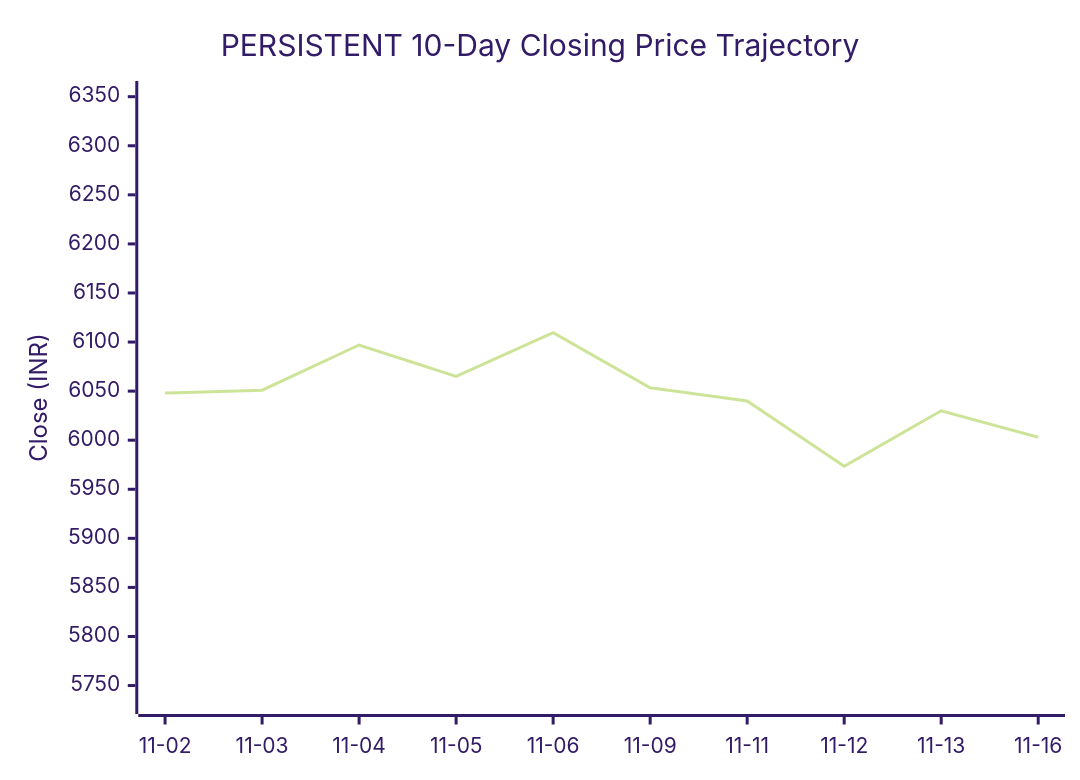
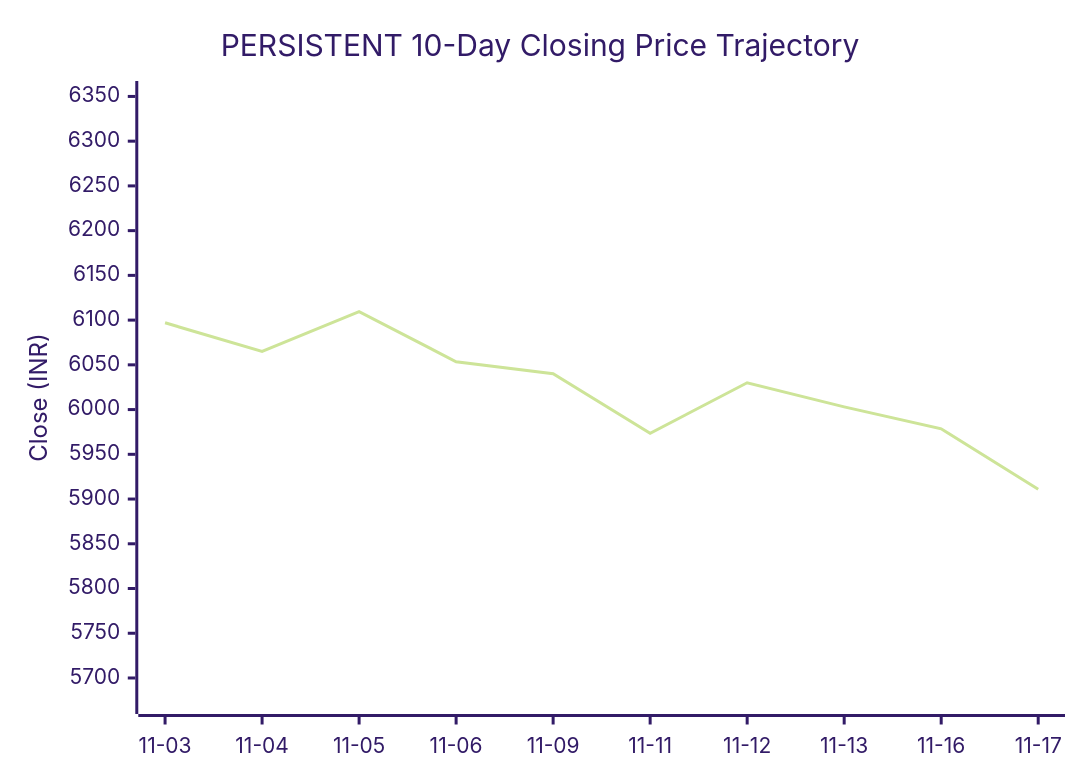
The second of 3 diagrams in market-intelligence/stocks/PERSISTENT/README.md (purnareddy9/dev), drawn with Mermaid (forest theme) before and after one commit. The commit also changed other lines of this file and 4 other files, not shown here.

````diff
--- a/market-intelligence/stocks/PERSISTENT/README.md
+++ b/market-intelligence/stocks/PERSISTENT/README.md
@@ -95,7 +95,7 @@
 ```mermaid
 xychart-beta
     title "PERSISTENT 10-Day Closing Price Trajectory"
-    x-axis ["11-02", "11-03", "11-04", "11-05", "11-06", "11-09", "11-11", "11-12", "11-13", "11-16"]
-    y-axis "Close (INR)" 5734 --> 6353
-    line [6048.0, 6051.0, 6097.0, 6065.0, 6109.5, 6053.5, 6040.0, 5973.5, 6030.0, 6003.0]
+    x-axis ["11-03", "11-04", "11-05", "11-06", "11-09", "11-11", "11-12", "11-13", "11-16", "11-17"]
+    y-axis "Close (INR)" 5674 --> 6353
+    line [6097.0, 6065.0, 6109.5, 6053.5, 6040.0, 5973.5, 6030.0, 6003.0, 5978.5, 5911.0]
 ```
````
